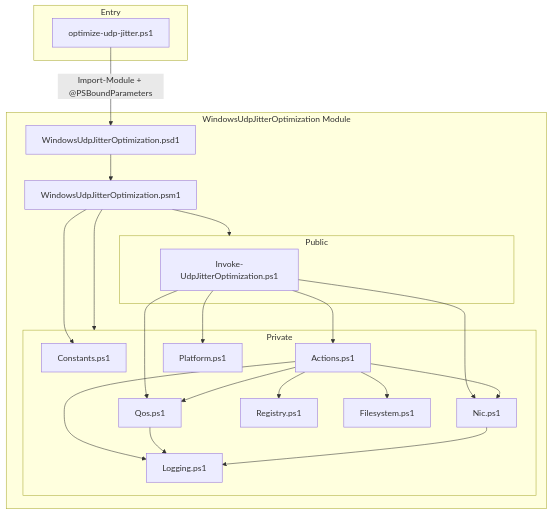
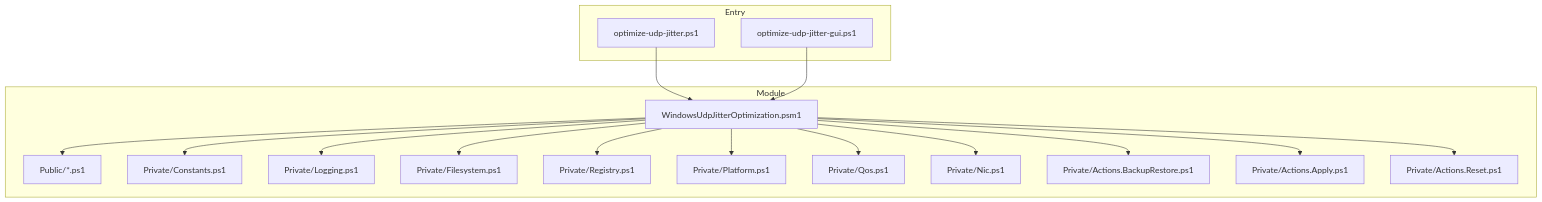
Before and after one commit to sebastianspicker/Windows-UDP-Jitter-Optimization: the diagram in docs/DOCUMENTATION.md, drawn with Mermaid. The commit also changed other lines of this file and 23 other files, not shown here.

````diff
--- a/docs/DOCUMENTATION.md
+++ b/docs/DOCUMENTATION.md
@@ -51,41 +34,36 @@
 ```mermaid
 flowchart TB
-  subgraph entry [Entry]
-    Script["optimize-udp-jitter.ps1"]
+  subgraph "Entry"
+    CLI["optimize-udp-jitter.ps1"]
+    GUI["optimize-udp-jitter-gui.ps1"]
   end
 
-  subgraph module [WindowsUdpJitterOptimization Module]
-    Manifest["WindowsUdpJitterOptimization.psd1"]
+  subgraph "Module"
     PSM["WindowsUdpJitterOptimization.psm1"]
-    subgraph public [Public]
-      Invoke["Invoke-UdpJitterOptimization.ps1"]
-    end
-    subgraph private [Private]
-      Constants["Constants.ps1"]
-      Actions["Actions.ps1"]
-      Qos["Qos.ps1"]
-      Nic["Nic.ps1"]
-      Registry["Registry.ps1"]
-      Platform["Platform.ps1"]
-      Filesystem["Filesystem.ps1"]
-      Logging["Logging.ps1"]
-    end
+    PUB["Public/*.ps1"]
+    C["Private/Constants.ps1"]
+    L["Private/Logging.ps1"]
+    F["Private/Filesystem.ps1"]
+    R["Private/Registry.ps1"]
+    P["Private/Platform.ps1"]
+    Q["Private/Qos.ps1"]
+    N["Private/Nic.ps1"]
+    ABR["Private/Actions.BackupRestore.ps1"]
+    AA["Private/Actions.Apply.ps1"]
+    AR["Private/Actions.Reset.ps1"]
   end
 
-  Script -->|"Import-Module + @PSBoundParameters"| Manifest
-  Manifest --> PSM
-  PSM --> Constants
-  PSM --> public
-  PSM --> private
-  Invoke --> Actions
-  Invoke --> Qos
-  Invoke --> Nic
-  Actions --> Registry
-  Actions --> Qos
-  Actions --> Nic
-  Actions --> Filesystem
-  Actions --> Logging
-  Qos --> Logging
-  Nic --> Logging
-  Invoke --> Platform
+  CLI --> PSM
+  GUI --> PSM
+  PSM --> C
+  PSM --> L
+  PSM --> F
+  PSM --> R
+  PSM --> P
+  PSM --> Q
+  PSM --> N
+  PSM --> ABR
+  PSM --> AA
+  PSM --> AR
+  PSM --> PUB
 ```
````
